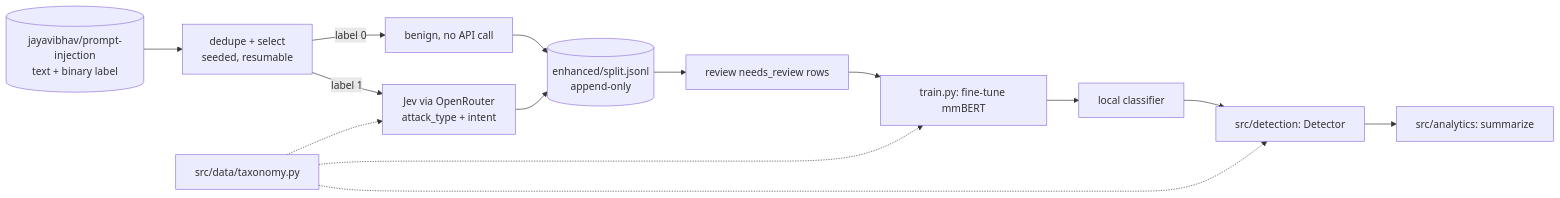
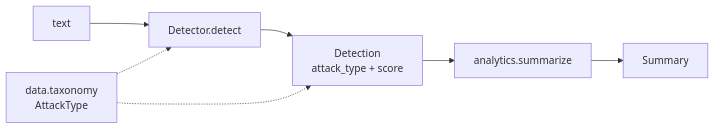
The diagram in ARCHITECTURE.md (Gigadelux/havelAI), drawn with Mermaid before and after one commit. The commit also changed other lines of this file and 17 other files, not shown here.

````diff
--- a/ARCHITECTURE.md
+++ b/ARCHITECTURE.md
@@ -28,16 +31,9 @@
 ```mermaid
 flowchart LR
-    HF[(jayavibhav/prompt-injection<br/>text + binary label)] --> D[dedupe + select<br/>seeded, resumable]
-    D -->|label 0| B[benign, no API call]
-    D -->|label 1| J[Jev via OpenRouter<br/>attack_type + intent]
-    J --> O[(enhanced/split.jsonl<br/>append-only)]
-    B --> O
-    O --> R[review needs_review rows]
-    R --> T[train.py: fine-tune mmBERT]
-    T --> M[local classifier]
-    M --> L[src/detection: Detector]
-    L --> A[src/analytics: summarize]
-    TX[src/data/taxonomy.py] -.-> J
-    TX -.-> T
-    TX -.-> L
+    T[text] --> D[Detector.detect]
+    D --> R[Detection<br/>attack_type + score]
+    R --> A[analytics.summarize]
+    A --> S[Summary]
+    TX[data.taxonomy<br/>AttackType] -.-> D
+    TX -.-> R
 ```
````
